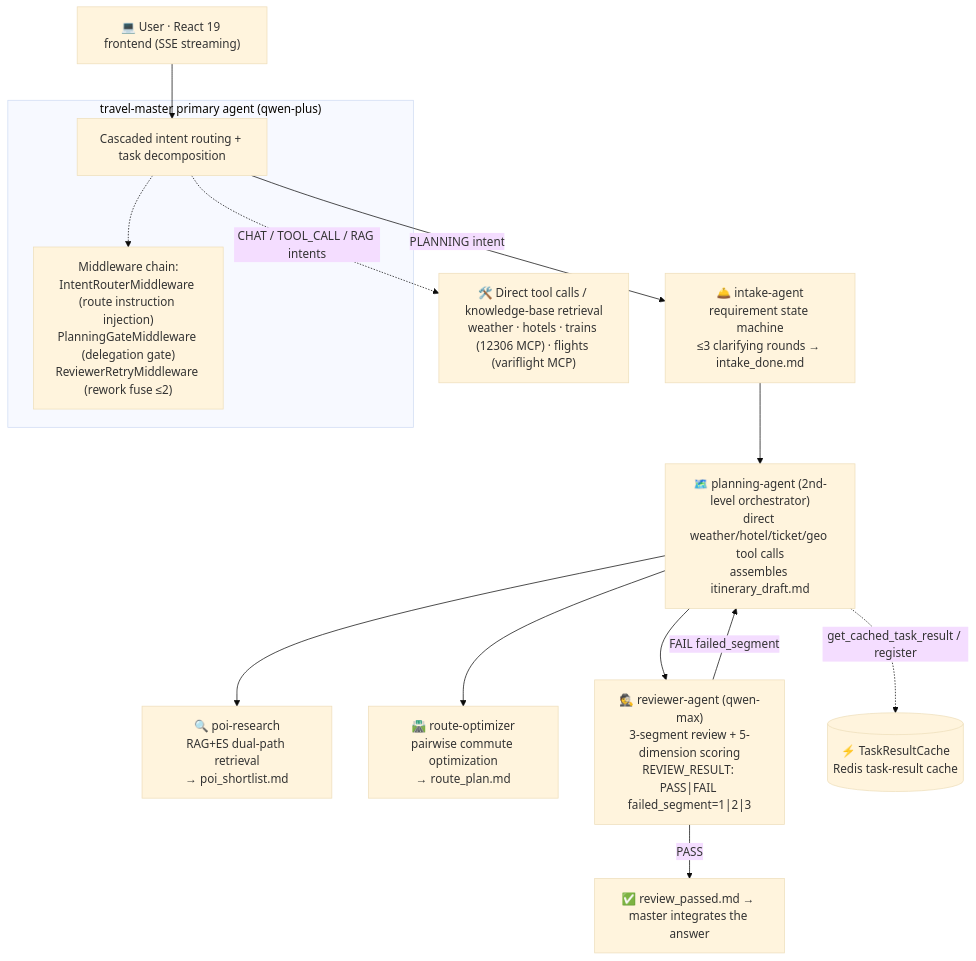
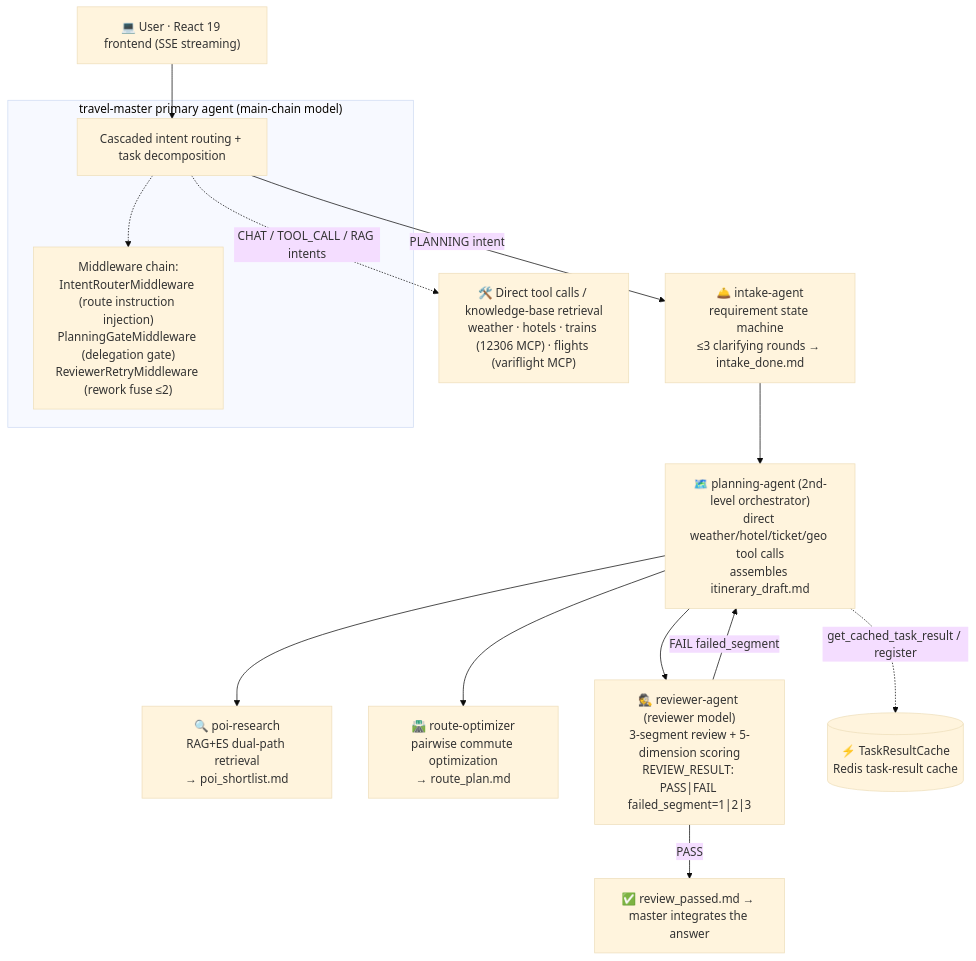
The diagram in README.en.md (Kilsme/TravelScope), drawn with Mermaid (base theme) before and after one commit. The commit also changed other lines of this file and 26 other files, not shown here.

````diff
--- a/README.en.md
+++ b/README.en.md
@@ -51,20 +51,20 @@
 ```mermaid
 flowchart TD
     U["💻 User · React 19 frontend (SSE streaming)"] --> M
 
-    subgraph MAST ["travel-master primary agent (qwen-plus)"]
+    subgraph MAST ["travel-master primary agent (main-chain model)"]
         M["Cascaded intent routing + task decomposition"]
         M -.-> MW["Middleware chain:<br/>IntentRouterMiddleware (route instruction injection)<br/>PlanningGateMiddleware (delegation gate)<br/>ReviewerRetryMiddleware (rework fuse ≤2)"]
     end
 
     M -->|PLANNING intent| I["🛎️ intake-agent<br/>requirement state machine<br/>≤3 clarifying rounds → intake_done.md"]
     I --> P["🗺️ planning-agent (2nd-level orchestrator)<br/>direct weather/hotel/ticket/geo tool calls<br/>assembles itinerary_draft.md"]
     P --> POI["🔍 poi-research<br/>RAG+ES dual-path retrieval<br/>→ poi_shortlist.md"]
     P --> RT["🛣️ route-optimizer<br/>pairwise commute optimization<br/>→ route_plan.md"]
-    P --> RV["🕵️ reviewer-agent (qwen-max)<br/>3-segment review + 5-dimension scoring<br/>REVIEW_RESULT: PASS|FAIL failed_segment=1|2|3"]
+    P --> RV["🕵️ reviewer-agent (reviewer model)<br/>3-segment review + 5-dimension scoring<br/>REVIEW_RESULT: PASS|FAIL failed_segment=1|2|3"]
     RV -->|"FAIL failed_segment"| P
     RV -->|"PASS"| OUT["✅ review_passed.md → master integrates the answer"]
 
     P -.->|get_cached_task_result / register| C[("⚡ TaskResultCache<br/>Redis task-result cache")]
     M -.->|CHAT / TOOL_CALL / RAG intents| T["🛠️ Direct tool calls / knowledge-base retrieval<br/>weather · hotels · trains (12306 MCP) · flights (variflight MCP)"]
 ```
````
